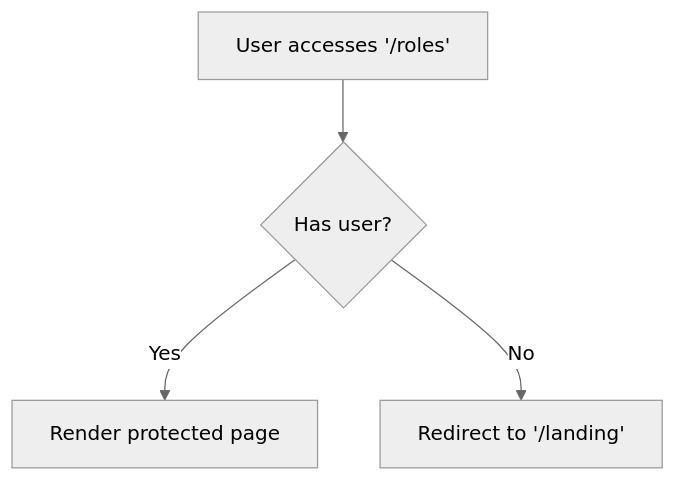
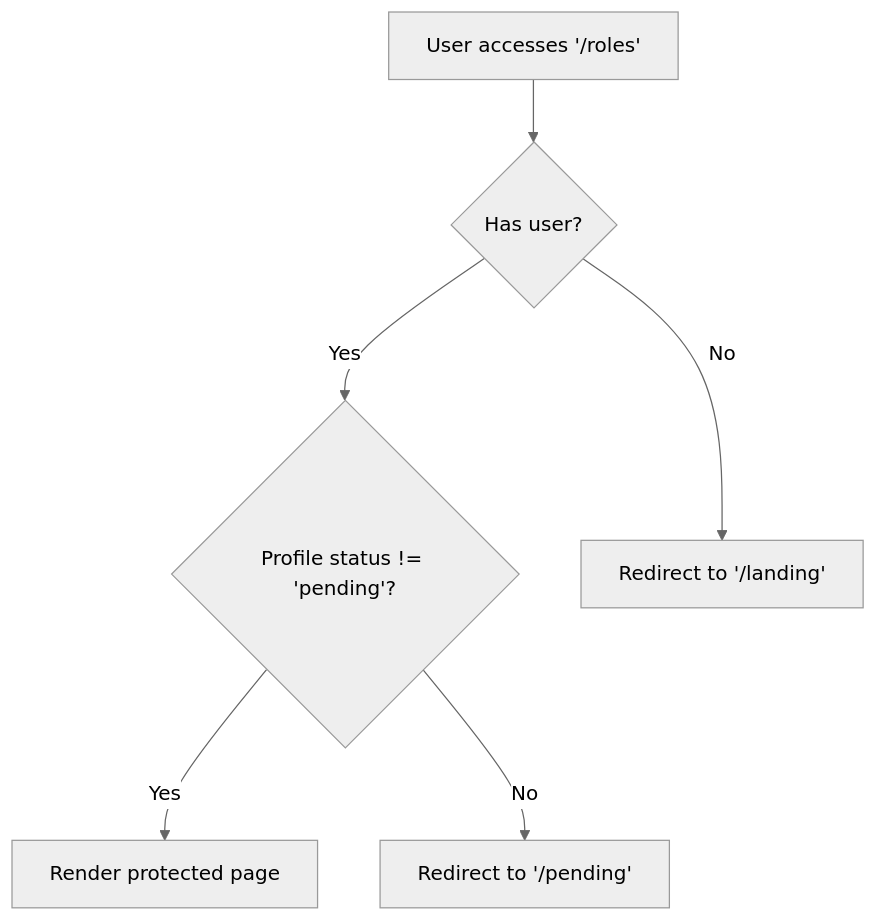
The ninth of 10 diagrams in .qoder/repowiki/en/content/State Management System/Authentication State Management.md (netdaniel/serveflow), drawn with Mermaid (neutral theme) before and after one commit. The commit also changed other lines of this file and 12 other files, not shown here.

````diff
--- a/.qoder/repowiki/en/content/State Management System/Authentication State Management.md
+++ b/.qoder/repowiki/en/content/State Management System/Authentication State Management.md
@@ -359,6 +439,8 @@
 ```mermaid
 flowchart TD
 Access["User accesses '/roles'"] --> Check{"Has user?"}
-Check --> |Yes| Render["Render protected page"]
+Check --> |Yes| CheckStatus{"Profile status != 'pending'?"}
+CheckStatus --> |Yes| Render["Render protected page"]
+CheckStatus --> |No| Pending["Redirect to '/pending'"]
 Check --> |No| Redirect["Redirect to '/landing'"]
 ```
````
